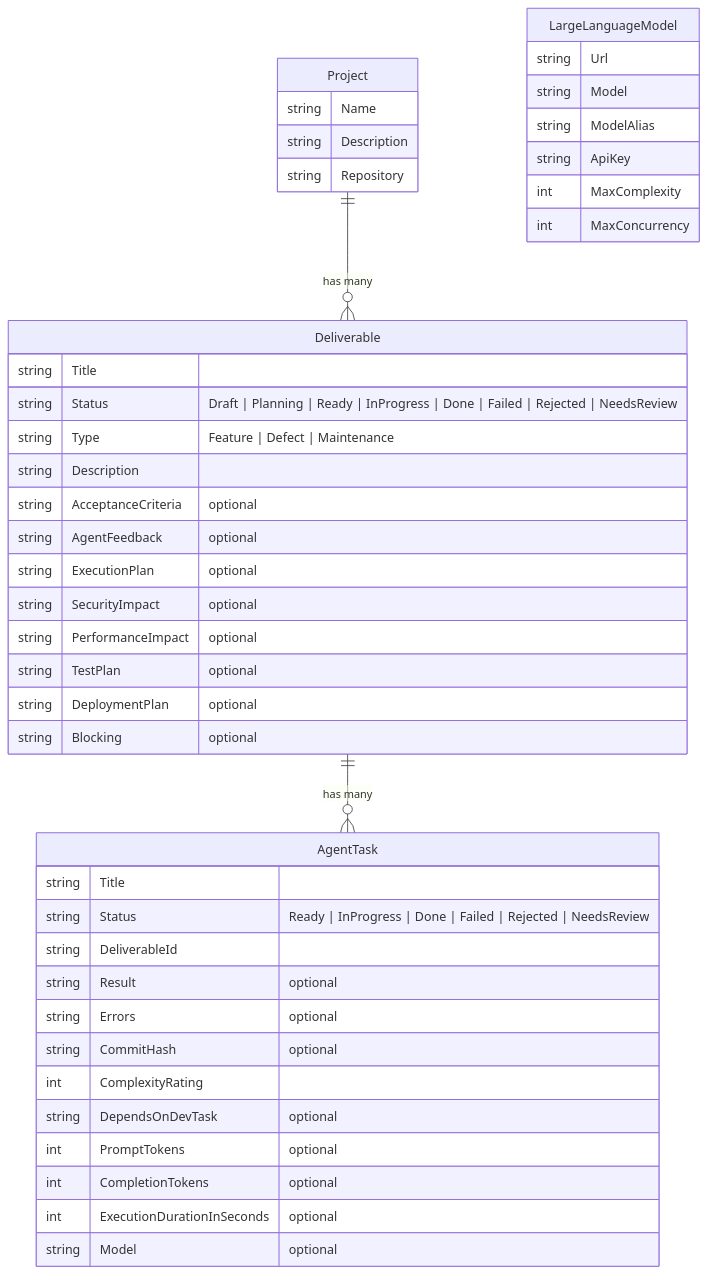
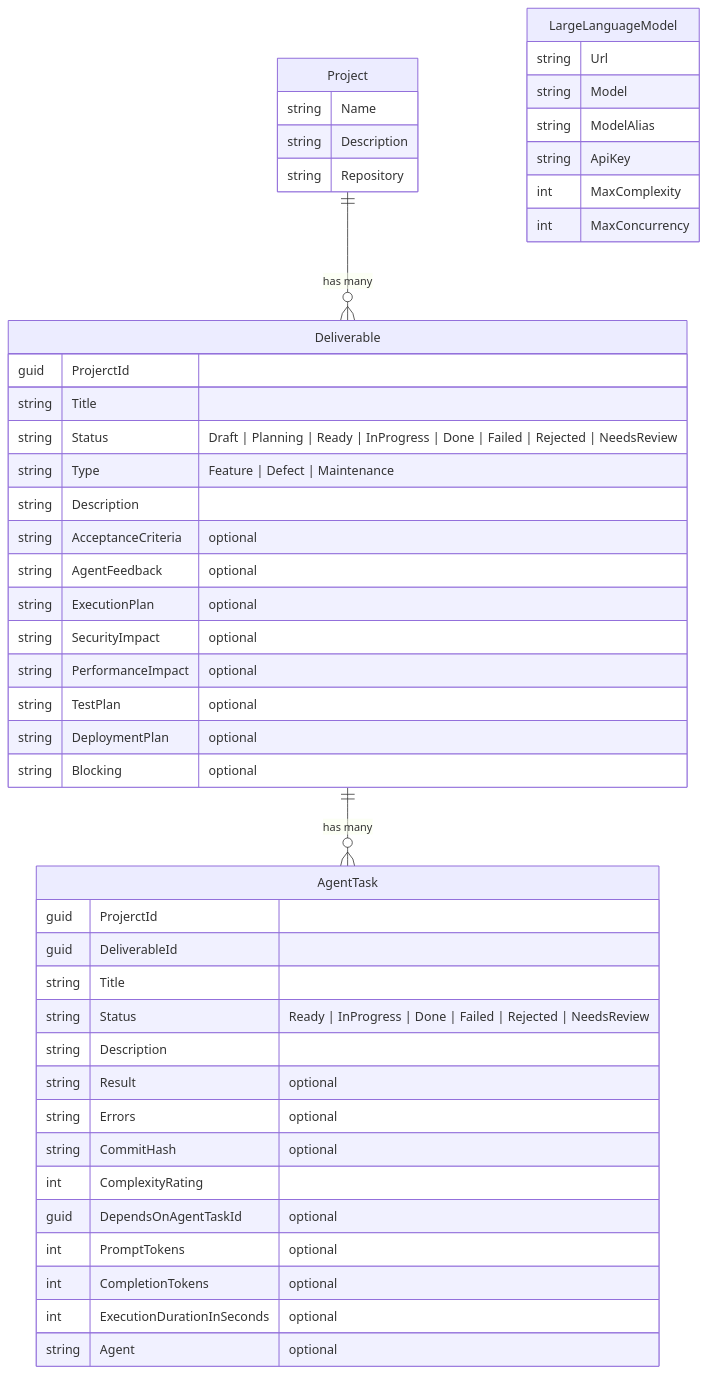
Before and after one commit to MartinKuhne/devstack: the diagram in specs/graphql/data-model.mmd, drawn with Mermaid. The commit also changed 2 other files, not shown here.

```diff
--- a/specs/graphql/data-model.mmd
+++ b/specs/graphql/data-model.mmd
@@ -1,50 +1,53 @@
 erDiagram
 
     Project {
         string Name
         string Description
         string Repository
     }
 
     Deliverable {
+        guid ProjerctId
         string Title
         string Status "Draft | Planning | Ready | InProgress | Done | Failed | Rejected | NeedsReview"
         string Type "Feature | Defect | Maintenance"
         string Description
         string AcceptanceCriteria "optional"
         string AgentFeedback "optional"
         string ExecutionPlan "optional"
         string SecurityImpact "optional"
         string PerformanceImpact "optional"
         string TestPlan "optional"
         string DeploymentPlan "optional"
         string Blocking "optional"
     }
 
     AgentTask {
+        guid ProjerctId
+        guid DeliverableId
         string Title
         string Status "Ready | InProgress | Done | Failed | Rejected | NeedsReview"
-        string DeliverableId
+        string Description
         string Result "optional"
         string Errors "optional"
         string CommitHash "optional"
         int ComplexityRating
-        string DependsOnDevTask "optional"
+        guid DependsOnAgentTaskId "optional"
         int PromptTokens "optional"
         int CompletionTokens "optional"
         int ExecutionDurationInSeconds "optional"
-        string Model "optional"
+        string Agent "optional"
     }
 
     LargeLanguageModel {
         string Url
         string Model
         string ModelAlias
         string ApiKey
         int MaxComplexity
         int MaxConcurrency
     }
 
     %% Relationships
     Project ||--o{ Deliverable : "has many"
     Deliverable ||--o{ AgentTask : "has many"
```
